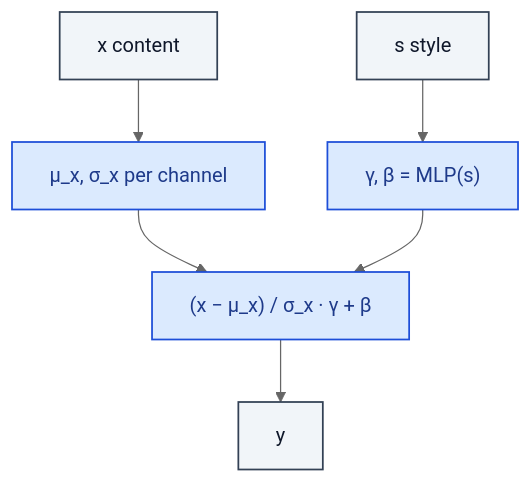
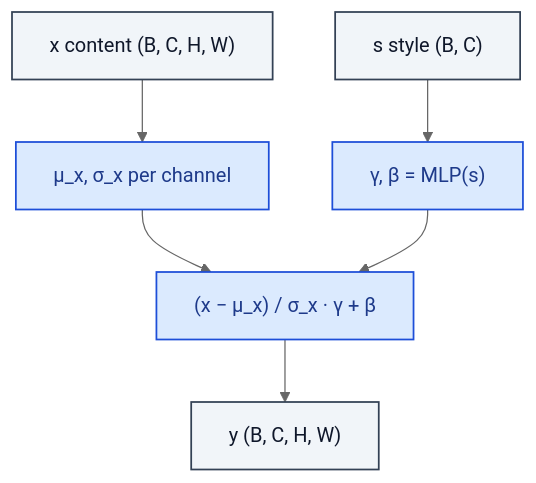
The diagram in core/AdaIN.md (RealityShifts/Srivastava-book-of-Blocks-diagrams), drawn with Mermaid (neutral theme) before and after one commit. The commit also changed 123 other files, not shown here.

````diff
--- a/core/AdaIN.md
+++ b/core/AdaIN.md
@@ -7,23 +7,24 @@
 ```mermaid
 flowchart TD
-    n0_0["x  content"]:::io
-    n0_1["s  style"]:::io
+    n0_0["x  content  (B, C, H, W)"]:::io
+    n0_1["s  style  (B, C)"]:::io
     n1_0["μ_x, σ_x  per channel"]:::op
     n1_1["γ, β = MLP(s)"]:::op
     n2_0["(x − μ_x) / σ_x  · γ + β"]:::op
-    n3_0["y"]:::io
+    n3_0["y  (B, C, H, W)"]:::io
     n0_0 --> n1_0
     n0_1 --> n1_1
     n1_0 --> n2_0
     n1_1 --> n2_0
     n2_0 --> n3_0
     classDef io fill:#f1f5f9,stroke:#334155,stroke-width:1.4px,color:#0f172a
     classDef op fill:#dbeafe,stroke:#1d4ed8,stroke-width:1.4px,color:#1e3a8a
     classDef norm fill:#dcfce7,stroke:#15803d,stroke-width:1.4px,color:#14532d
     classDef act fill:#ffedd5,stroke:#c2410c,stroke-width:1.4px,color:#7c2d12
     classDef attn fill:#ede9fe,stroke:#6d28d9,stroke-width:1.4px,color:#4c1d95
     classDef merge fill:#fef3c7,stroke:#b45309,stroke-width:1.4px,color:#78350f
     classDef emb fill:#fef9c3,stroke:#a16207,stroke-width:1.4px,color:#713f12
     classDef loss fill:#fee2e2,stroke:#b91c1c,stroke-width:1.4px,color:#7f1d1d
     classDef ctrl fill:#f5f5f4,stroke:#52525b,stroke-width:1.4px,color:#27272a
+    classDef ref fill:#e0f2fe,stroke:#0369a1,stroke-width:2px,color:#0c4a6e,stroke-dasharray: 4 2
 ```
````
